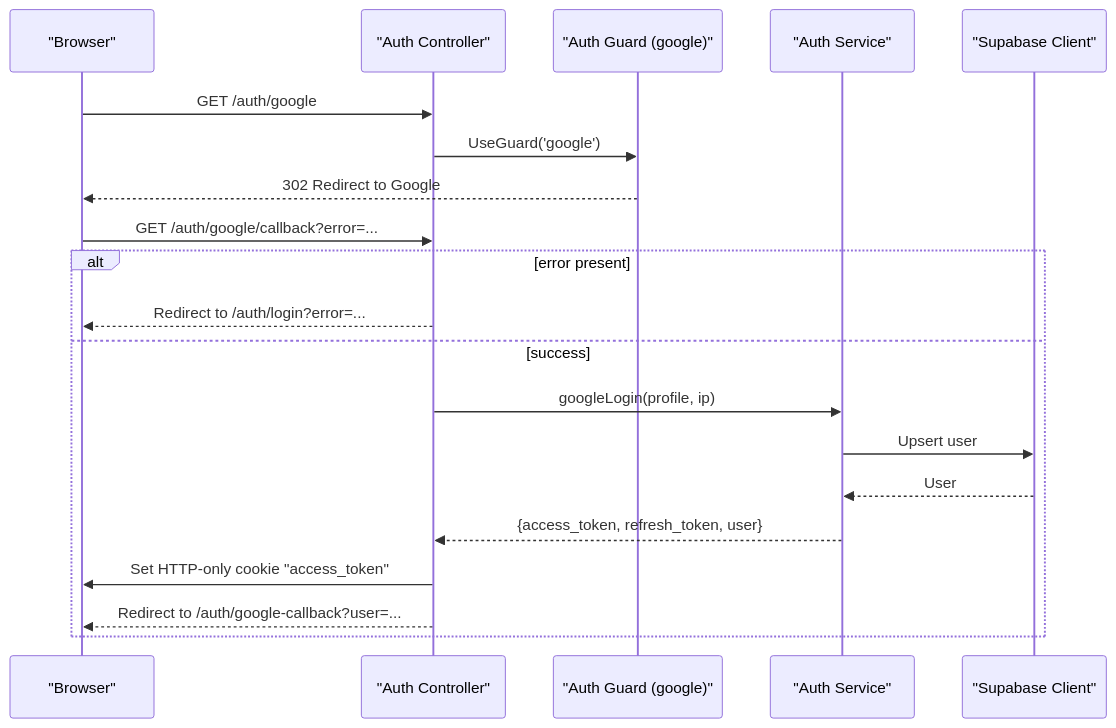
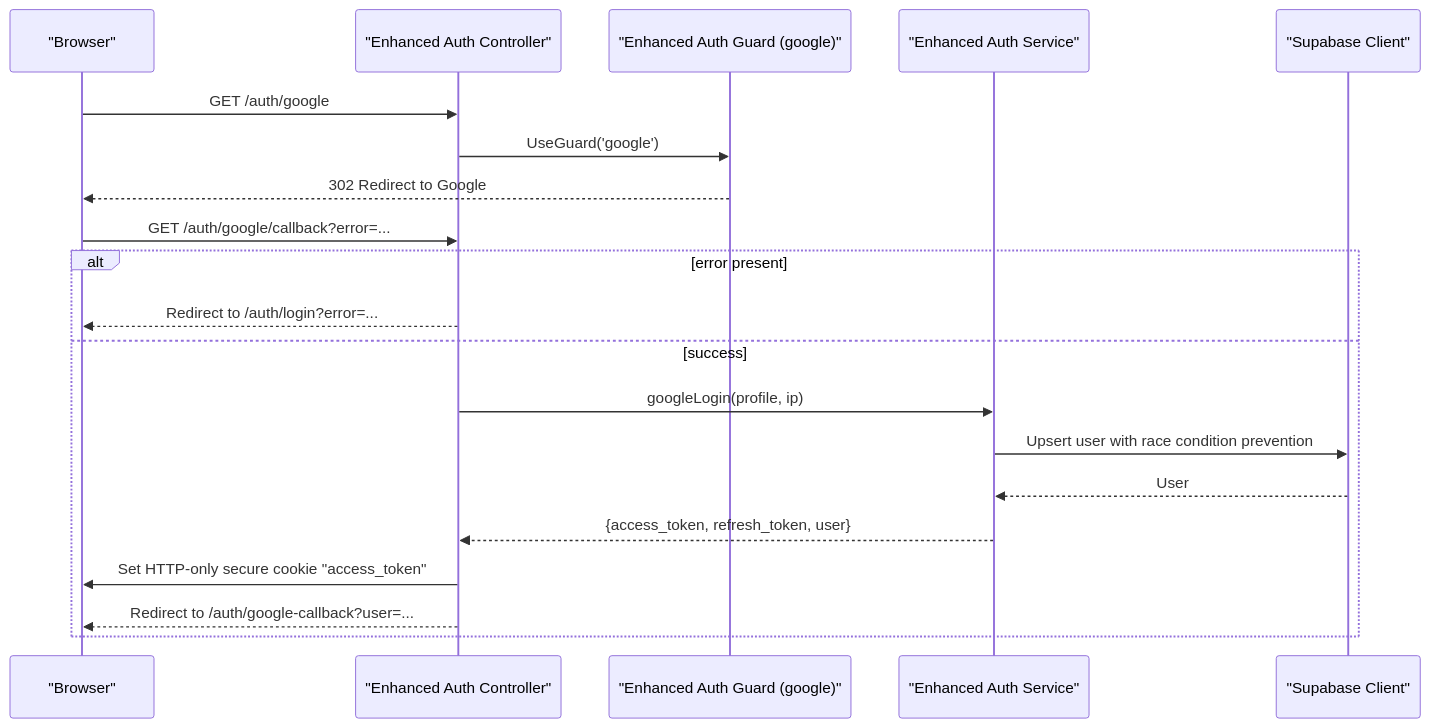
The fourth of 7 diagrams in .qoder/repowiki/en/content/Backend Architecture/Authentication System/Google OAuth Integration.md (devonxjz/MissLost), drawn with Mermaid before and after one commit. The commit also changed other lines of this file and 12 other files, not shown here.

````diff
--- a/.qoder/repowiki/en/content/Backend Architecture/Authentication System/Google OAuth Integration.md
+++ b/.qoder/repowiki/en/content/Backend Architecture/Authentication System/Google OAuth Integration.md
@@ -172,22 +183,22 @@
 ```mermaid
 sequenceDiagram
 participant Client as "Browser"
-participant Ctrl as "Auth Controller"
-participant Guard as "Auth Guard (google)"
-participant Service as "Auth Service"
+participant Ctrl as "Enhanced Auth Controller"
+participant Guard as "Enhanced Auth Guard (google)"
+participant Service as "Enhanced Auth Service"
 participant DB as "Supabase Client"
 Client->>Ctrl : GET /auth/google
 Ctrl->>Guard : UseGuard('google')
 Guard-->>Client : 302 Redirect to Google
 Client->>Ctrl : GET /auth/google/callback?error=...
 alt error present
 Ctrl-->>Client : Redirect to /auth/login?error=...
 else success
 Ctrl->>Service : googleLogin(profile, ip)
-Service->>DB : Upsert user
+Service->>DB : Upsert user with race condition prevention
 DB-->>Service : User
 Service-->>Ctrl : {access_token, refresh_token, user}
-Ctrl->>Client : Set HTTP-only cookie "access_token"
+Ctrl->>Client : Set HTTP-only secure cookie "access_token"
 Ctrl-->>Client : Redirect to /auth/google-callback?user=...
 end
 ```
````
